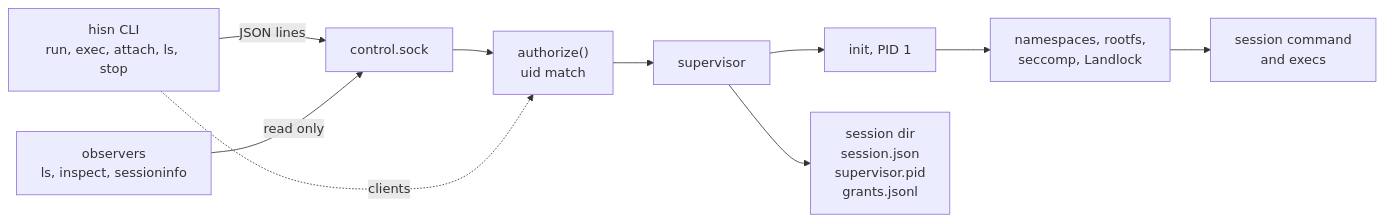
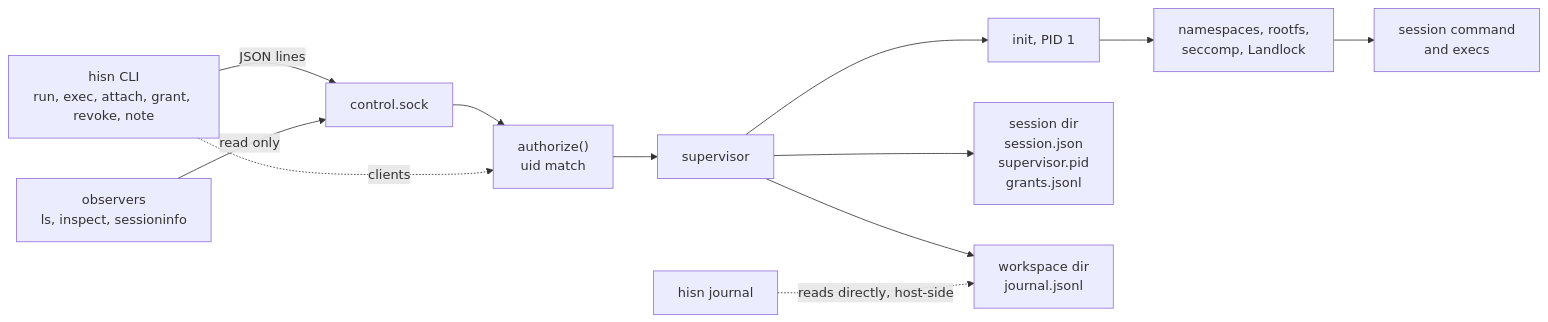
Before and after one commit to treeol/hisn: the diagram in README.md, drawn with Mermaid. The commit also changed other lines of this file, not shown here.

Commit message:
docs: verify README against code for 0.5.0, add workspace journal section

````diff
--- a/README.md
+++ b/README.md
@@ -40,12 +50,14 @@
 ```mermaid
 flowchart LR
-    CLI["hisn CLI<br/>run, exec, attach, ls, stop"] -->|JSON lines| SOCK["control.sock"]
+    CLI["hisn CLI<br/>run, exec, attach, grant, revoke, note"] -->|JSON lines| SOCK["control.sock"]
     OBS["observers<br/>ls, inspect, sessioninfo"] -->|read only| SOCK
     SOCK --> AUTHZ["authorize()<br/>uid match"]
     AUTHZ --> SUP["supervisor"]
     SUP --> INIT["init, PID 1"]
     INIT --> NS["namespaces, rootfs,<br/>seccomp, Landlock"]
     NS --> CMD["session command<br/>and execs"]
     SUP --> DIR["session dir<br/>session.json<br/>supervisor.pid<br/>grants.jsonl"]
+    SUP --> WS["workspace dir<br/>journal.jsonl"]
+    JRN["hisn journal"] -.->|reads directly, host-side| WS
     CLI -.->|clients| AUTHZ
 ```
````
